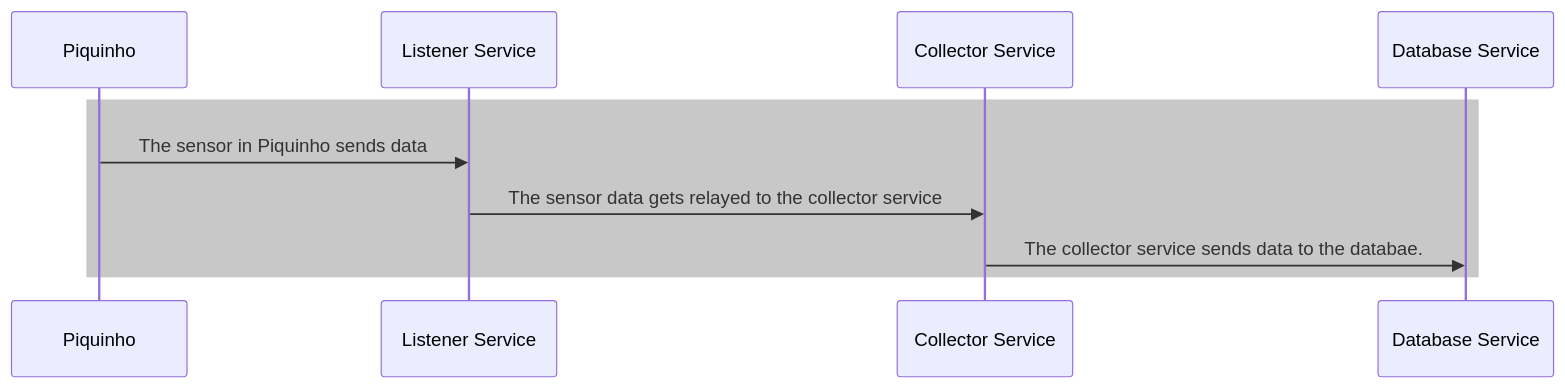
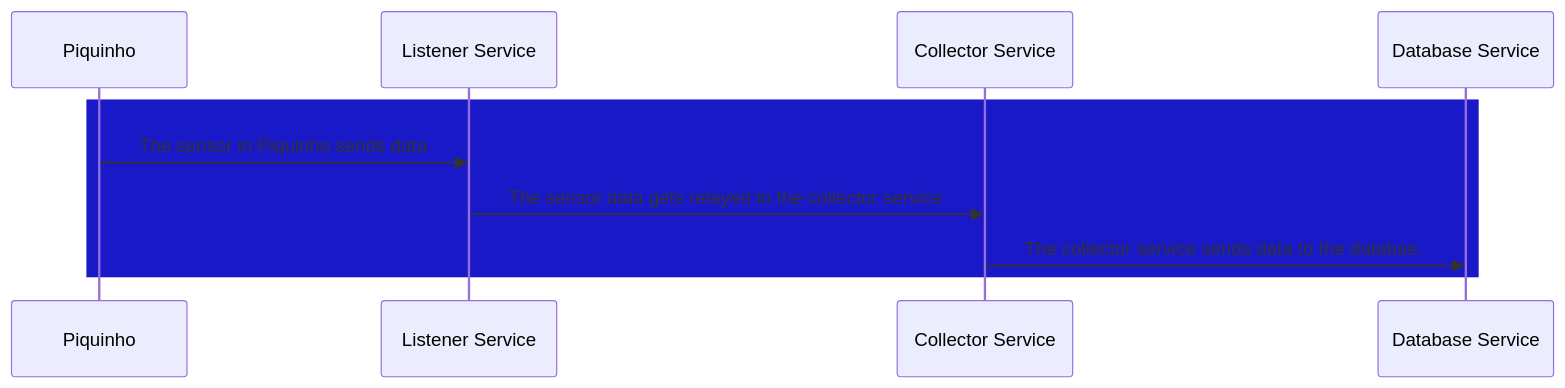
One commit to jesperancinha/wild-life-safety-monitor changed the diagram in Readme.md. Above: the diagram before and after it, drawn with Mermaid.

Commit message:
Updates diagram

````diff
--- a/Readme.md
+++ b/Readme.md
@@ -8,15 +8,15 @@
 ```mermaid
 sequenceDiagram
     participant Piquinho
     participant Listener Service
     participant Collector Service
     participant Database Service
-    
-    rect rgb(200,200,200)
+
+    rect rgb(25,25,200)
 
     Piquinho->>Listener Service: The sensor in Piquinho sends data
     Listener Service->>Collector Service: The sensor data gets relayed to the collector service
     Collector Service->>Database Service: The collector service sends data to the databae.
     
     end
 ```
````
